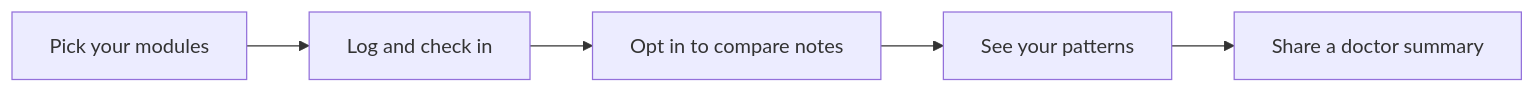
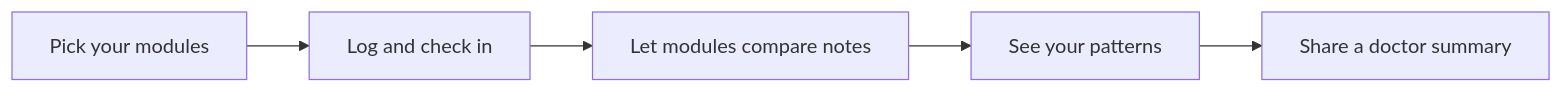
The diagram in docs/02-solution.md (SuhasM1014/Ishtar), drawn with Mermaid before and after one commit. The commit also changed other lines of this file and 7 other files, not shown here.

````diff
--- a/docs/02-solution.md
+++ b/docs/02-solution.md
@@ -26,7 +38,7 @@
 ```mermaid
 flowchart LR
-    A[Pick your modules] --> B[Log and check in]
-    B --> C[Opt in to compare notes]
-    C --> D[See your patterns]
-    D --> E[Share a doctor summary]
+    A["Pick your modules"] --> B["Log and check in"]
+    B --> C["Let modules compare notes"]
+    C --> D["See your patterns"]
+    D --> E["Share a doctor summary"]
 ```
````
